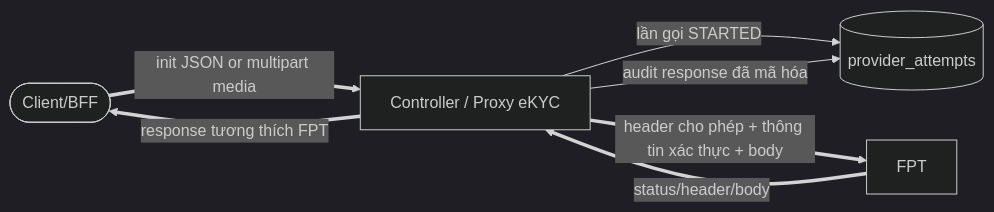
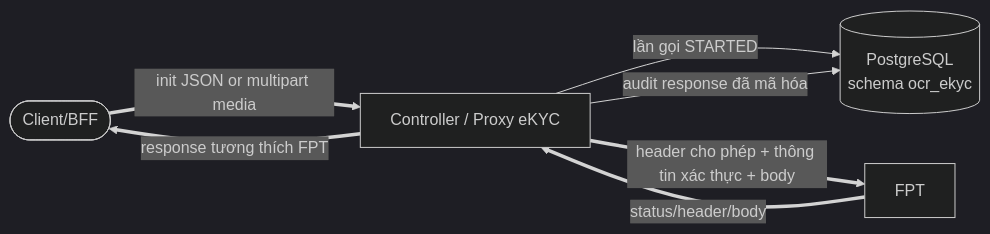
One commit to huynv-xyz/vhm changed the seventh of 12 diagrams in tdd-ocr-ekyc.md. Above: the diagram before and after it, drawn with Mermaid (dark theme). The commit also changed other lines of this file, not shown here.

````diff
--- a/tdd-ocr-ekyc.md
+++ b/tdd-ocr-ekyc.md
@@ -848,14 +780,14 @@
 ```mermaid
 flowchart LR
     CLIENT([Client/BFF])
     SERVICE[Controller / Proxy eKYC]
     FPT[FPT]
-    DB[(provider_attempts)]
+    DB[(PostgreSQL<br/>schema ocr_ekyc)]
 
     CLIENT ==>|init JSON or multipart media| SERVICE
     SERVICE -->|lần gọi STARTED| DB
     SERVICE ==>|header cho phép + thông tin xác thực + body| FPT
     FPT ==>|status/header/body| SERVICE
     SERVICE -->|audit response đã mã hóa| DB
     SERVICE ==>|response tương thích FPT| CLIENT
 ```
````
